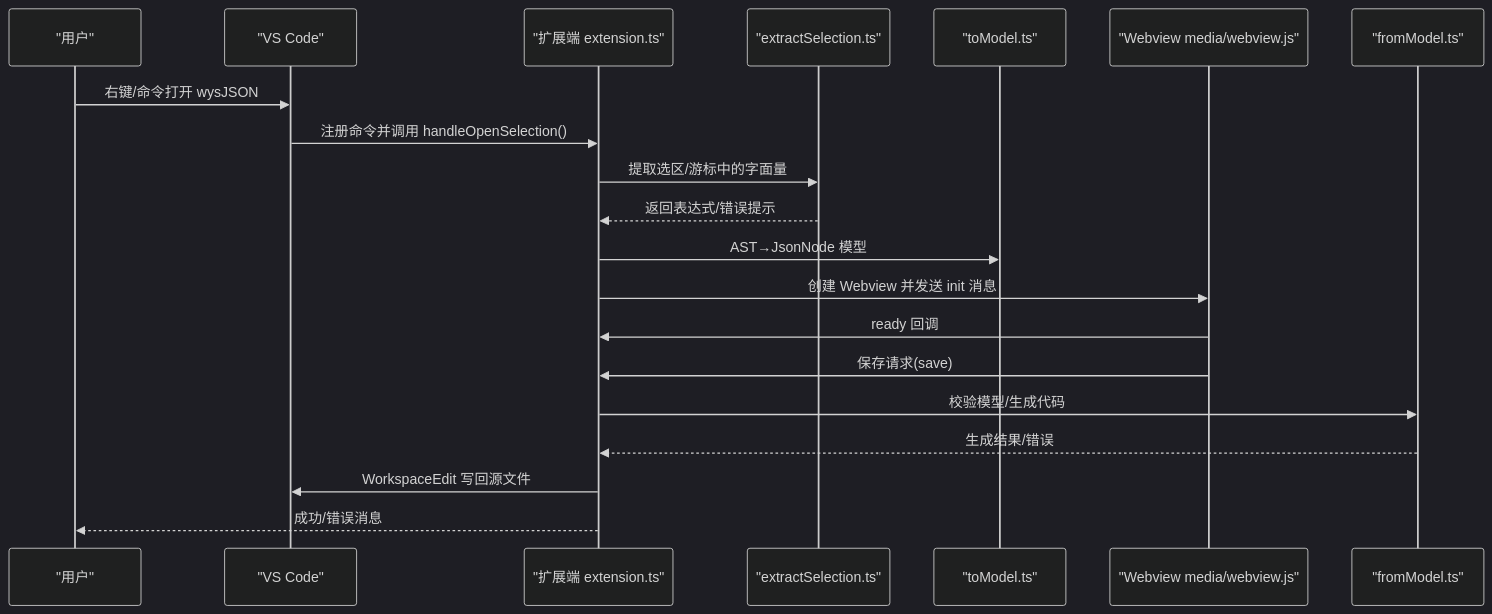
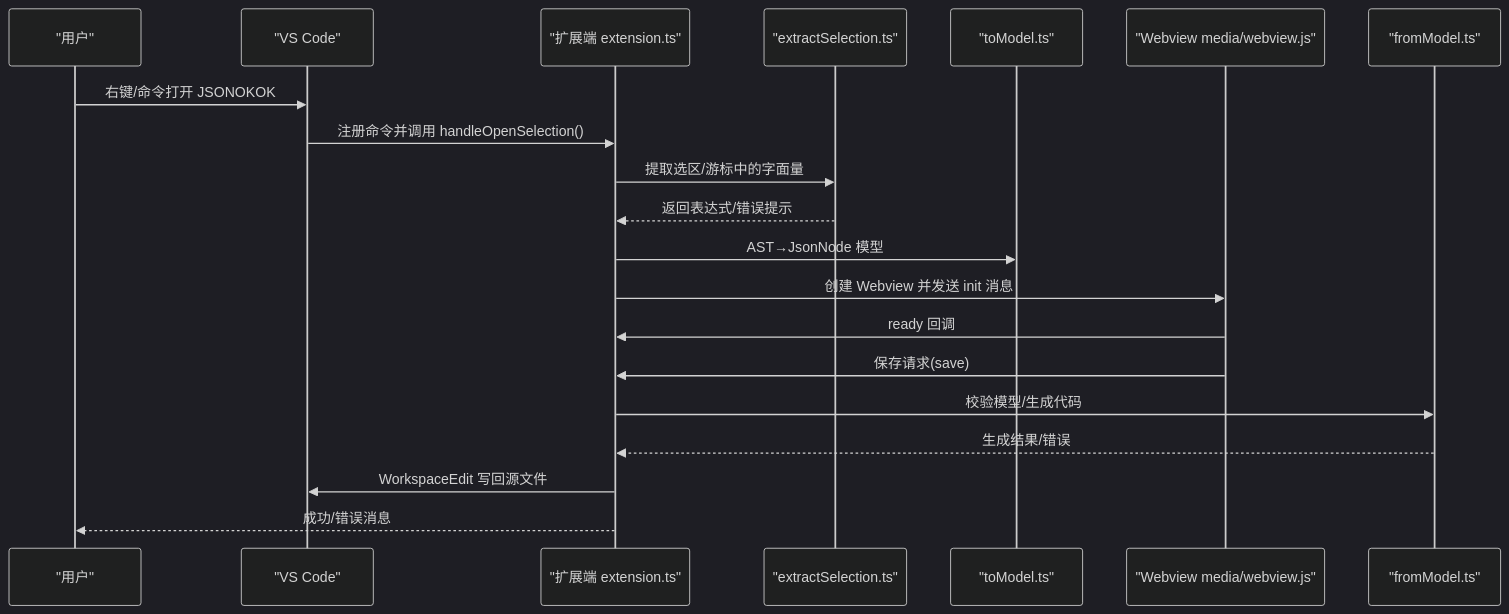
One commit to meiok1/wysjson changed the second of 3 diagrams in .qoder/repowiki/zh/content/故障排除和常见问题.md. Above: the diagram before and after it, drawn with Mermaid (dark theme). The commit also changed other lines of this file and 390 other files, not shown here.

````diff
--- a/.qoder/repowiki/zh/content/故障排除和常见问题.md
+++ b/.qoder/repowiki/zh/content/故障排除和常见问题.md
@@ -93,22 +93,22 @@
 ```mermaid
 sequenceDiagram
 participant U as "用户"
 participant VS as "VS Code"
 participant EXT as "扩展端 extension.ts"
 participant EX as "extractSelection.ts"
 participant TOM as "toModel.ts"
 participant WV as "Webview media/webview.js"
 participant FM as "fromModel.ts"
-U->>VS : 右键/命令打开 wysJSON
+U->>VS : 右键/命令打开 JSONOKOK
 VS->>EXT : 注册命令并调用 handleOpenSelection()
 EXT->>EX : 提取选区/游标中的字面量
 EX-->>EXT : 返回表达式/错误提示
 EXT->>TOM : AST→JsonNode 模型
 EXT->>WV : 创建 Webview 并发送 init 消息
 WV->>EXT : ready 回调
 WV->>EXT : 保存请求(save)
 EXT->>FM : 校验模型/生成代码
 FM-->>EXT : 生成结果/错误
 EXT->>VS : WorkspaceEdit 写回源文件
 EXT-->>U : 成功/错误消息
 ```
````
